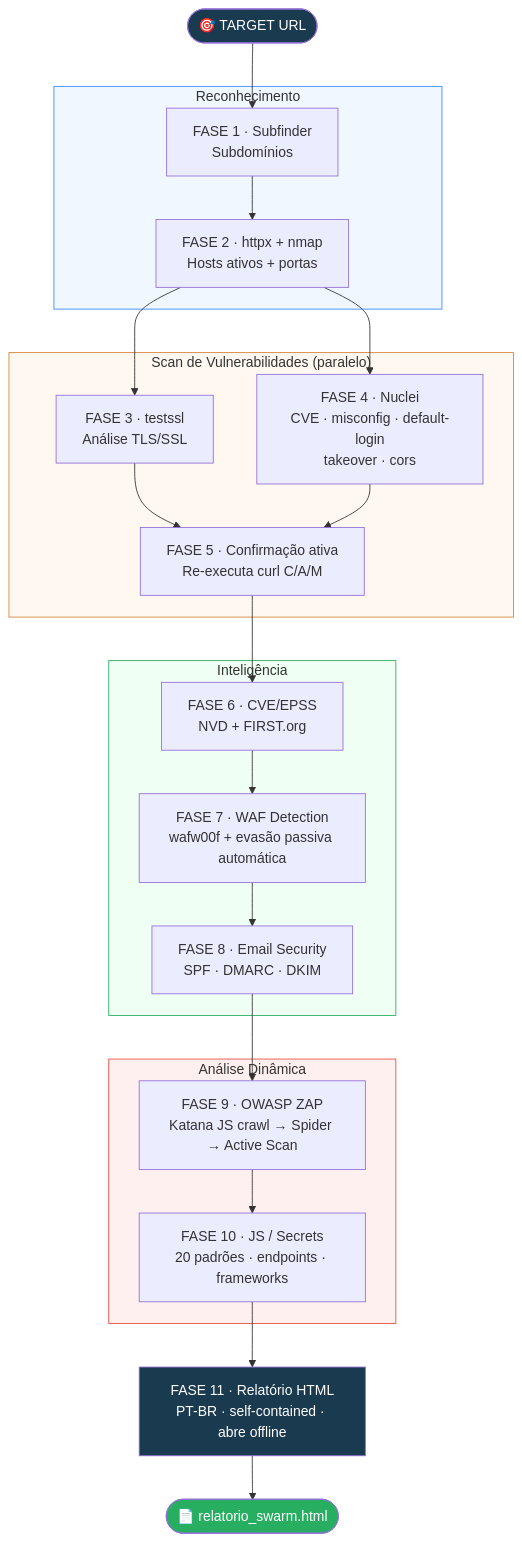
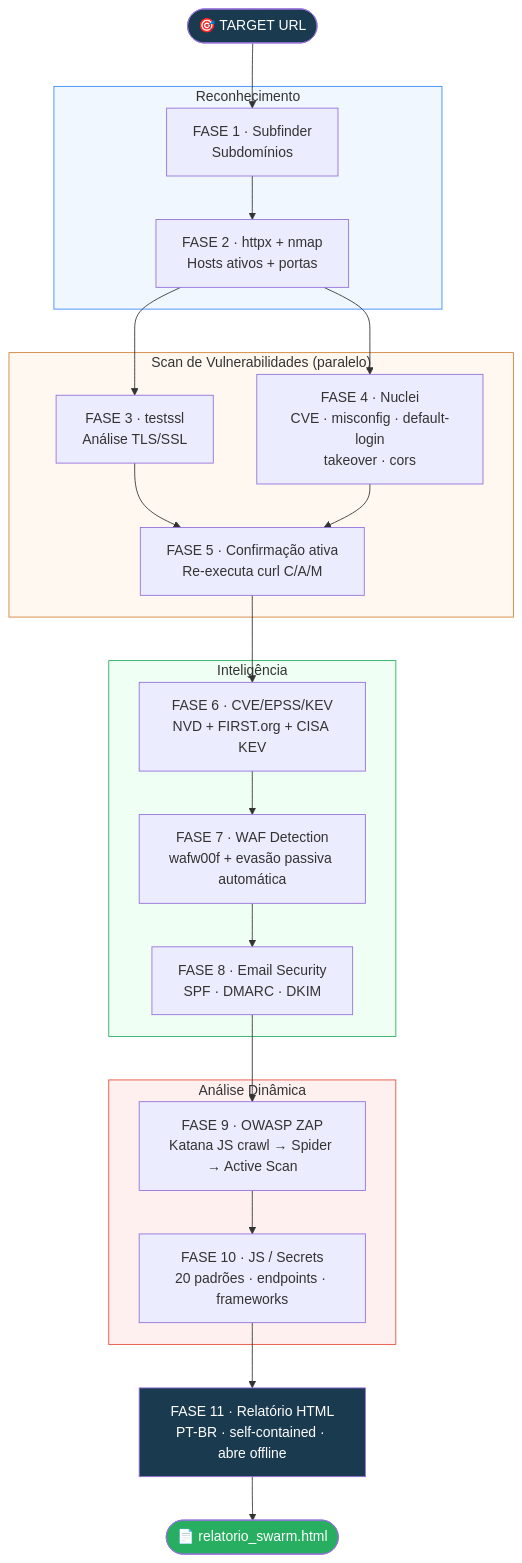
One commit to trickMeister1337/SWARM changed the diagram in README.md. Above: the diagram before and after it, drawn with Mermaid. The commit also changed other lines of this file and 1 other file, not shown here.

````diff
--- a/README.md
+++ b/README.md
@@ -15,36 +15,36 @@
 ```mermaid
 flowchart TD
     A([🎯 TARGET URL]) --> B
 
     subgraph RECON["Reconhecimento"]
         B[FASE 1 · Subfinder\nSubdomínios] --> C[FASE 2 · httpx + nmap\nHosts ativos + portas]
     end
 
     subgraph SCAN["Scan de Vulnerabilidades (paralelo)"]
         C --> D[FASE 3 · testssl\nAnálise TLS/SSL]
         C --> E[FASE 4 · Nuclei\nCVE · misconfig · default-login\ntakeover · cors]
         D & E --> F[FASE 5 · Confirmação ativa\nRe-executa curl C/A/M]
     end
 
     subgraph INTEL["Inteligência"]
-        F --> G[FASE 6 · CVE/EPSS\nNVD + FIRST.org]
+        F --> G[FASE 6 · CVE/EPSS/KEV\nNVD + FIRST.org + CISA KEV]
         G --> H[FASE 7 · WAF Detection\nwafw00f + evasão passiva automática]
         H --> I[FASE 8 · Email Security\nSPF · DMARC · DKIM]
     end
 
     subgraph DYNAMIC["Análise Dinâmica"]
         I --> J[FASE 9 · OWASP ZAP\nKatana JS crawl → Spider → Active Scan]
         J --> K[FASE 10 · JS / Secrets\n20 padrões · endpoints · frameworks]
     end
 
     K --> L[FASE 11 · Relatório HTML\nPT-BR · self-contained · abre offline]
     L --> M([📄 relatorio_swarm.html])
 
     style A fill:#1a3a4f,color:#fff
     style M fill:#27ae60,color:#fff
     style L fill:#1a3a4f,color:#fff
     style RECON fill:#f0f7ff,stroke:#388bfd
     style SCAN fill:#fff8f0,stroke:#d4833a
     style INTEL fill:#f0fff4,stroke:#27ae60
     style DYNAMIC fill:#fff0f0,stroke:#e74c3c
 ```
````
